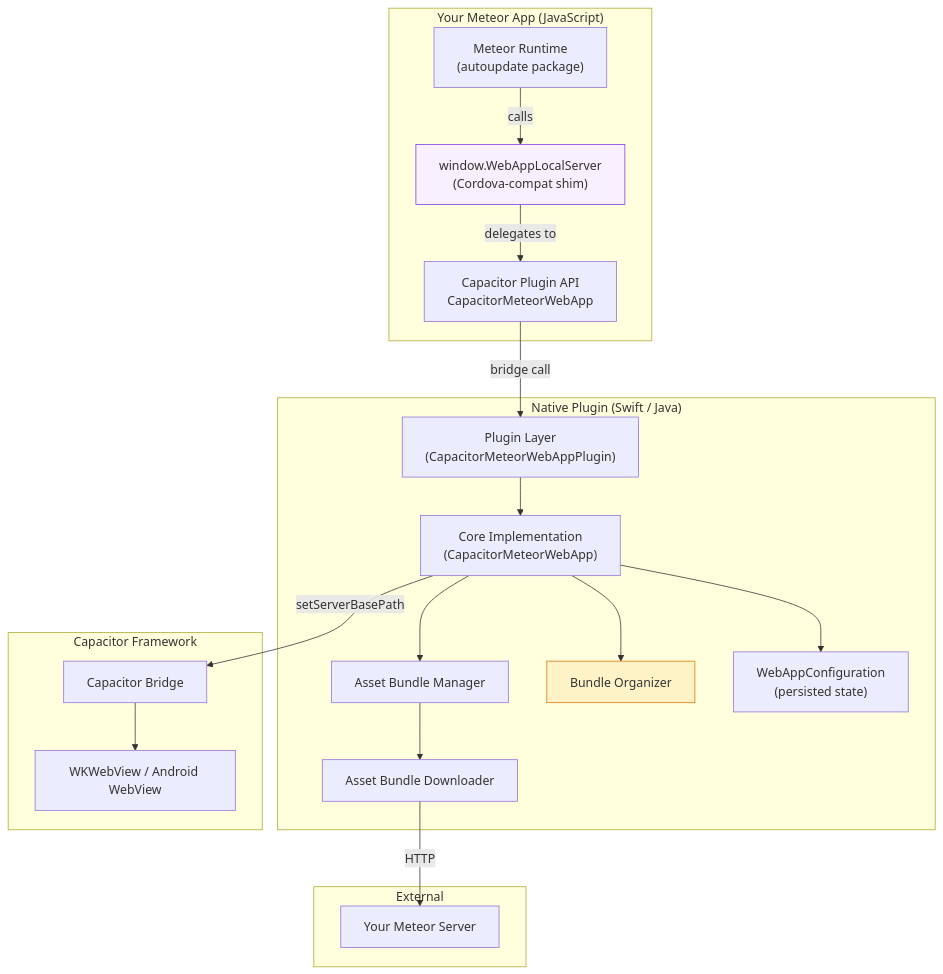
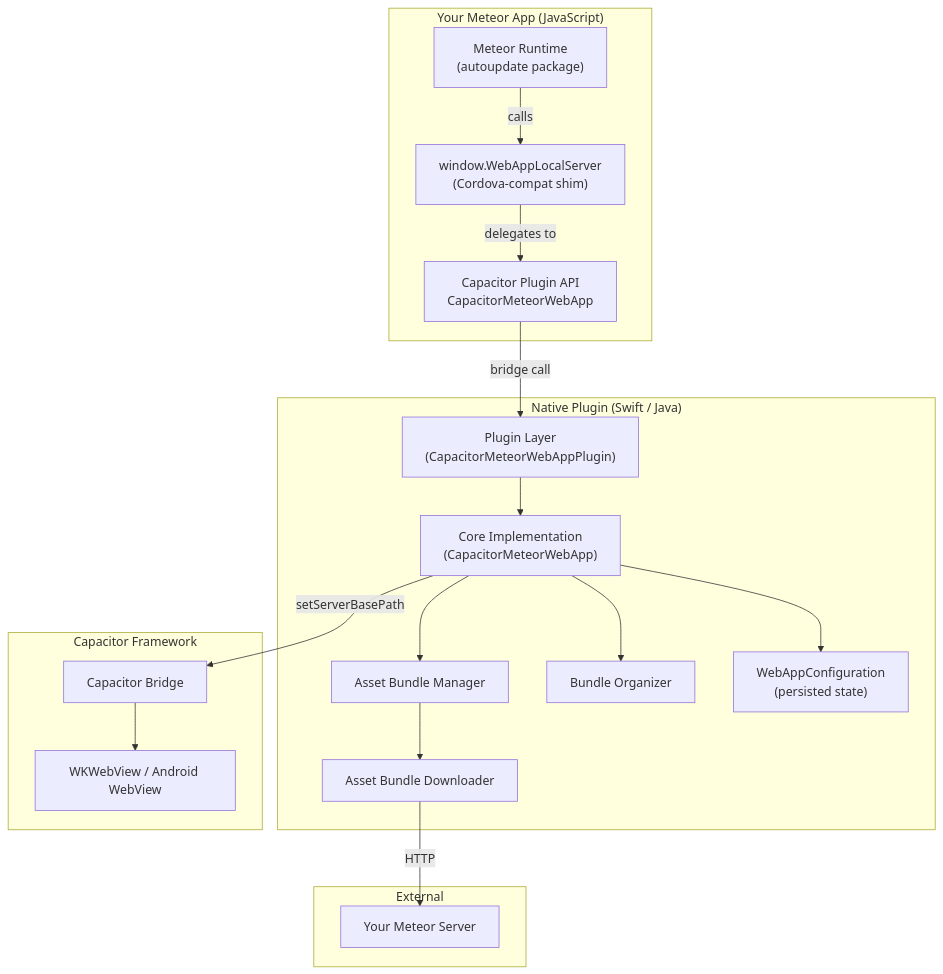
One commit to banjerluke/capacitor-meteor-webapp changed the first of 3 diagrams in ARCHITECTURE.md. Above: the diagram before and after it, drawn with Mermaid. The commit also changed other lines of this file, not shown here.

First line of the commit message:
Improve architecture diagrams

````diff
--- a/ARCHITECTURE.md
+++ b/ARCHITECTURE.md
@@ -13,41 +13,38 @@
 ```mermaid
 graph TB
     subgraph "Your Meteor App (JavaScript)"
         MeteorRuntime["Meteor Runtime<br/>(autoupdate package)"]
         WebAppLocalServer["window.WebAppLocalServer<br/>(Cordova-compat shim)"]
         CapacitorAPI["Capacitor Plugin API<br/>CapacitorMeteorWebApp"]
     end
 
     subgraph "Native Plugin (Swift / Java)"
         PluginLayer["Plugin Layer<br/>(CapacitorMeteorWebAppPlugin)"]
         CoreImpl["Core Implementation<br/>(CapacitorMeteorWebApp)"]
         BundleMgr["Asset Bundle Manager"]
         Downloader["Asset Bundle Downloader"]
         BundleOrg["Bundle Organizer"]
         Config["WebAppConfiguration<br/>(persisted state)"]
     end
 
     subgraph "Capacitor Framework"
         Bridge["Capacitor Bridge"]
         WebView["WKWebView / Android WebView"]
     end
 
     subgraph "External"
         Server["Your Meteor Server"]
     end
 
     MeteorRuntime -->|"calls"| WebAppLocalServer
     WebAppLocalServer -->|"delegates to"| CapacitorAPI
     CapacitorAPI -->|"bridge call"| PluginLayer
     PluginLayer --> CoreImpl
     CoreImpl --> BundleMgr
     CoreImpl --> BundleOrg
     CoreImpl --> Config
     BundleMgr --> Downloader
     Downloader -->|"HTTP"| Server
     CoreImpl -->|"setServerBasePath"| Bridge
     Bridge --> WebView
-
-    style WebAppLocalServer fill:#f9f0ff,stroke:#7c3aed
-    style BundleOrg fill:#fef3c7,stroke:#d97706
 ```
````
